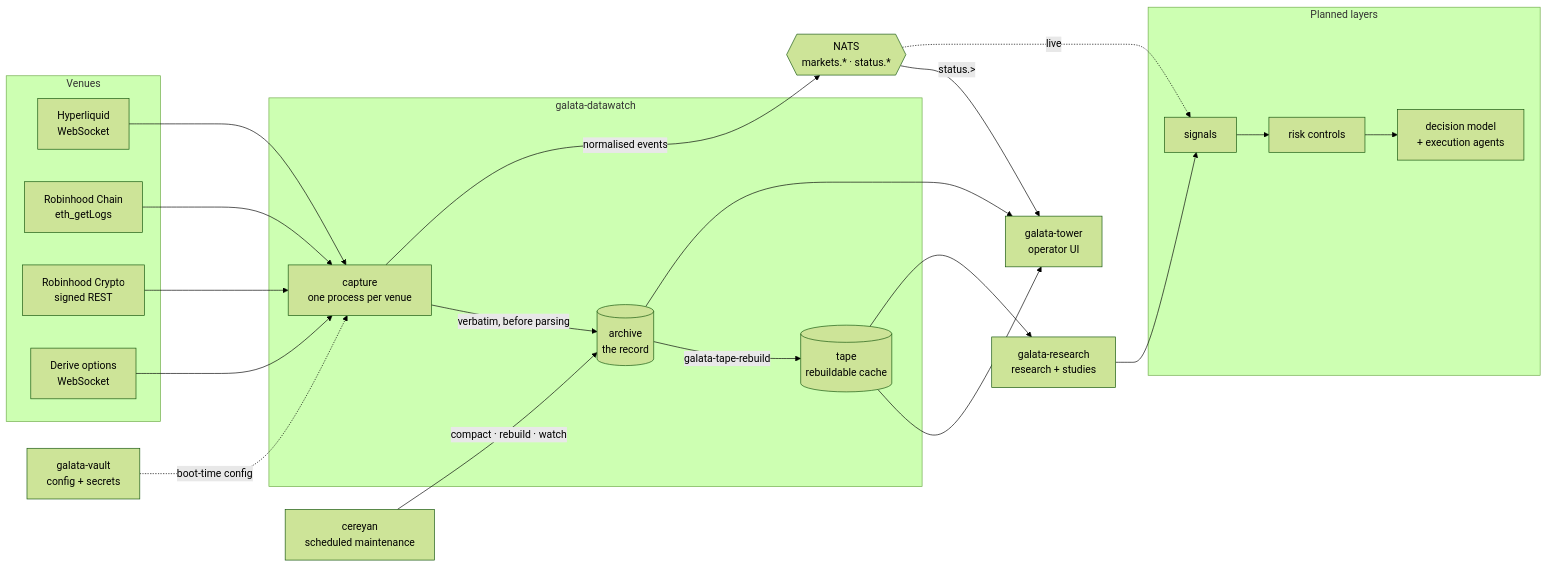
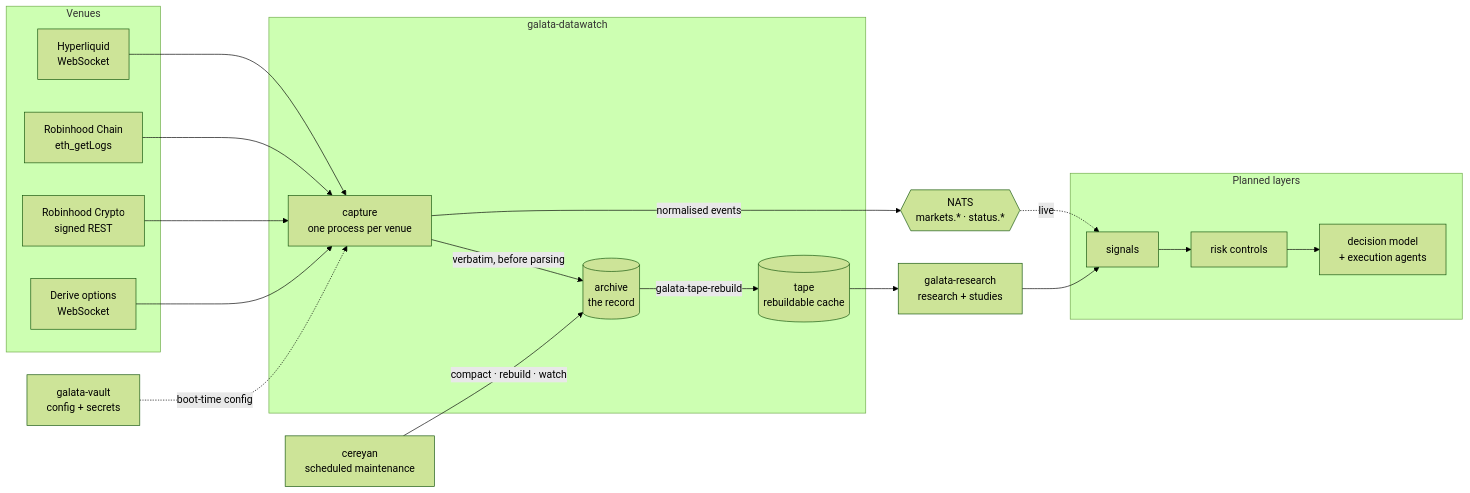
Before and after one commit to sercanatalik/galata-datawatch: the diagram in README.md, drawn with Mermaid (forest theme). The commit also changed other lines of this file and 28 other files, not shown here.

First line of the commit message:
Retire galata-tower and the broker's reader identity

````diff
--- a/README.md
+++ b/README.md
@@ -75,38 +75,35 @@
 ```mermaid
 flowchart LR
     subgraph Venues
         HL["Hyperliquid<br/>WebSocket"]
         RHC["Robinhood Chain<br/>eth_getLogs"]
         RHX["Robinhood Crypto<br/>signed REST"]
         DRV["Derive options<br/>WebSocket"]
     end
 
     subgraph DW["galata-datawatch"]
         CAP["capture<br/>one process per venue"]
         ARC[("archive<br/>the record")]
         TAPE[("tape<br/>rebuildable cache")]
     end
 
     VAULT["galata-vault<br/>config + secrets"]
     NATS{{"NATS<br/>markets.* · status.*"}}
     FLOWS["cereyan<br/>scheduled maintenance"]
-    TOWER["galata-tower<br/>operator UI"]
     RES["galata-research<br/>research + studies"]
 
     subgraph Next["Planned layers"]
         SIG["signals"]
         RISK["risk controls"]
         EXEC["decision model<br/>+ execution agents"]
     end
 
     HL & RHC & RHX & DRV --> CAP
     VAULT -. boot-time config .-> CAP
     CAP -- "verbatim, before parsing" --> ARC
     CAP -- normalised events --> NATS
     FLOWS -- compact · rebuild · watch --> ARC
     ARC -- galata-tape-rebuild --> TAPE
-    ARC & TAPE --> TOWER
-    NATS -- "status.>" --> TOWER
     TAPE --> RES --> SIG --> RISK --> EXEC
     NATS -. live .-> SIG
 ```
````
